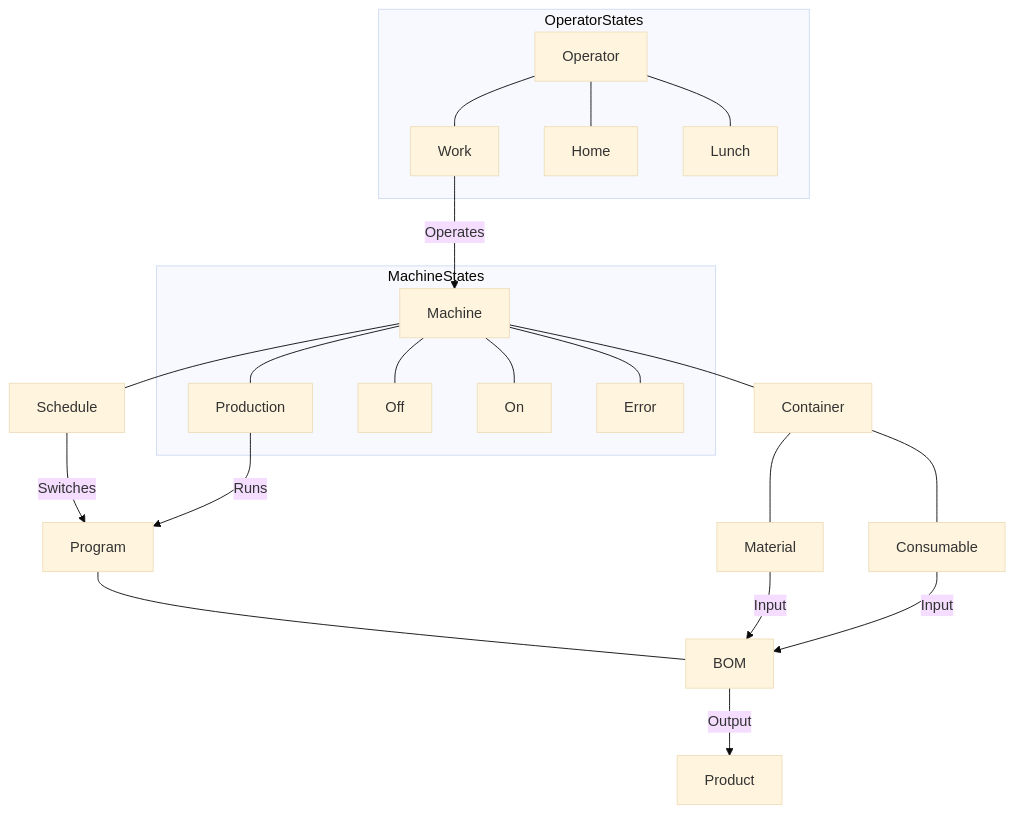
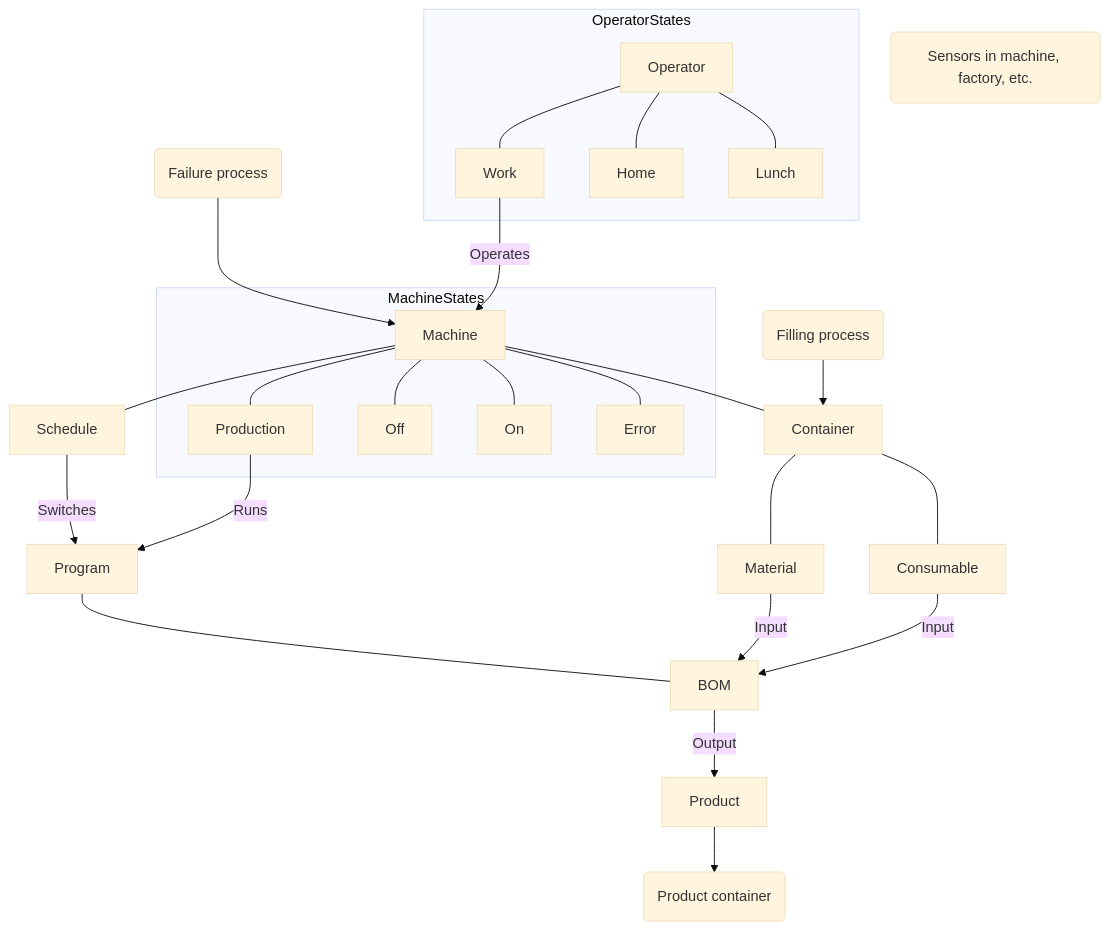
The diagram in README.md (jmyrberg/factory-simulator), drawn with Mermaid (base theme) before and after one commit. The commit also changed 16 other files, not shown here.

````diff
--- a/README.md
+++ b/README.md
@@ -7,25 +7,29 @@
 ```mermaid
   graph TD;
     Container---Material
     Container---Consumable
     Machine---Schedule
     Schedule-- Switches -->Program
     Machine---Container
+    Sensors(Sensors in machine, factory, etc.)
+    FailureProcess(Failure process)-->Machine
+    Filling(Filling process)-->Container
     Program---BOM
     Production-- Runs -->Program
     Material-- Input -->BOM
     Consumable-- Input -->BOM
     BOM-- Output -->Product
+    Product-->ProductContainer(Product container)
     Work-- Operates -->Machine
     subgraph MachineStates
       Machine---Off
       Machine---On
       Machine---Error
       Machine---Production
     end
     subgraph OperatorStates
       Operator---Home
       Operator---Work
       Operator---Lunch
     end
 ```
````
